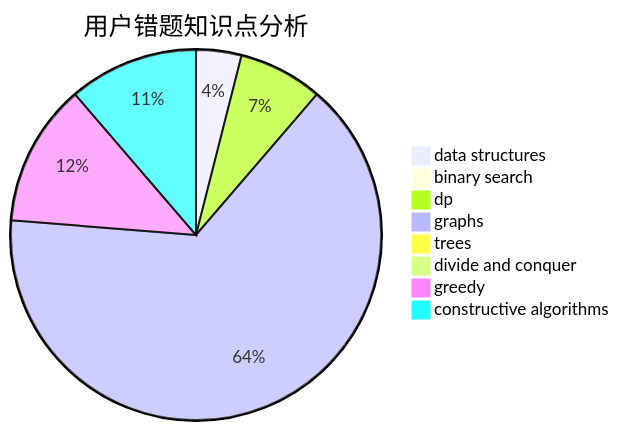
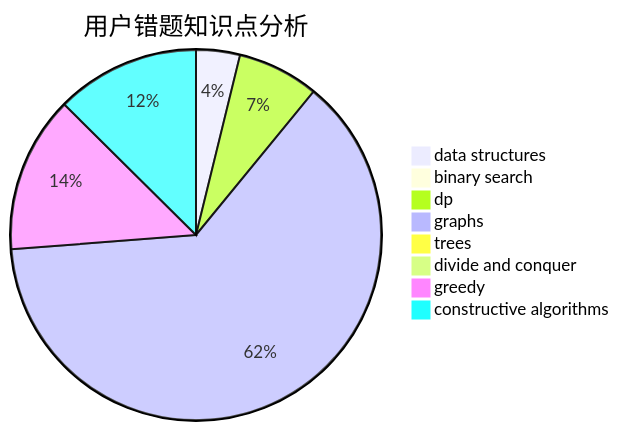
One commit to sherpahu/cfrs.github.io changed the third of 3 diagrams in docs/user/u2396.md. Above: the diagram before and after it, drawn with Mermaid. The commit also changed other lines of this file and 2770 other files, not shown here.

````diff
--- a/docs/user/u2396.md
+++ b/docs/user/u2396.md
@@ -36,11 +36,11 @@
 ```mermaid
 pie title 用户错题知识点分析
     "data structures" :  7
     "binary search" :  1
     "dp" :  13
     "graphs" :  115
     "trees" :  1
     "divide and conquer" :  0
-    "greedy" :  22
-    "constructive algorithms" :  20
+    "greedy" :  25
+    "constructive algorithms" :  23
 ```
````
